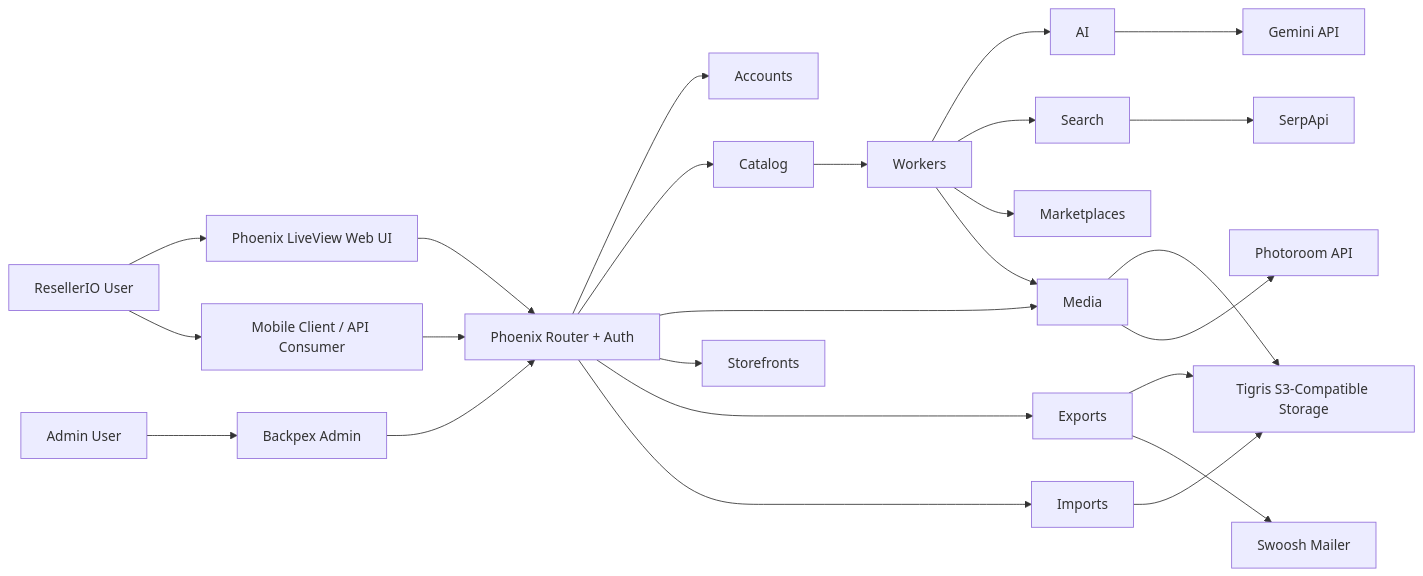
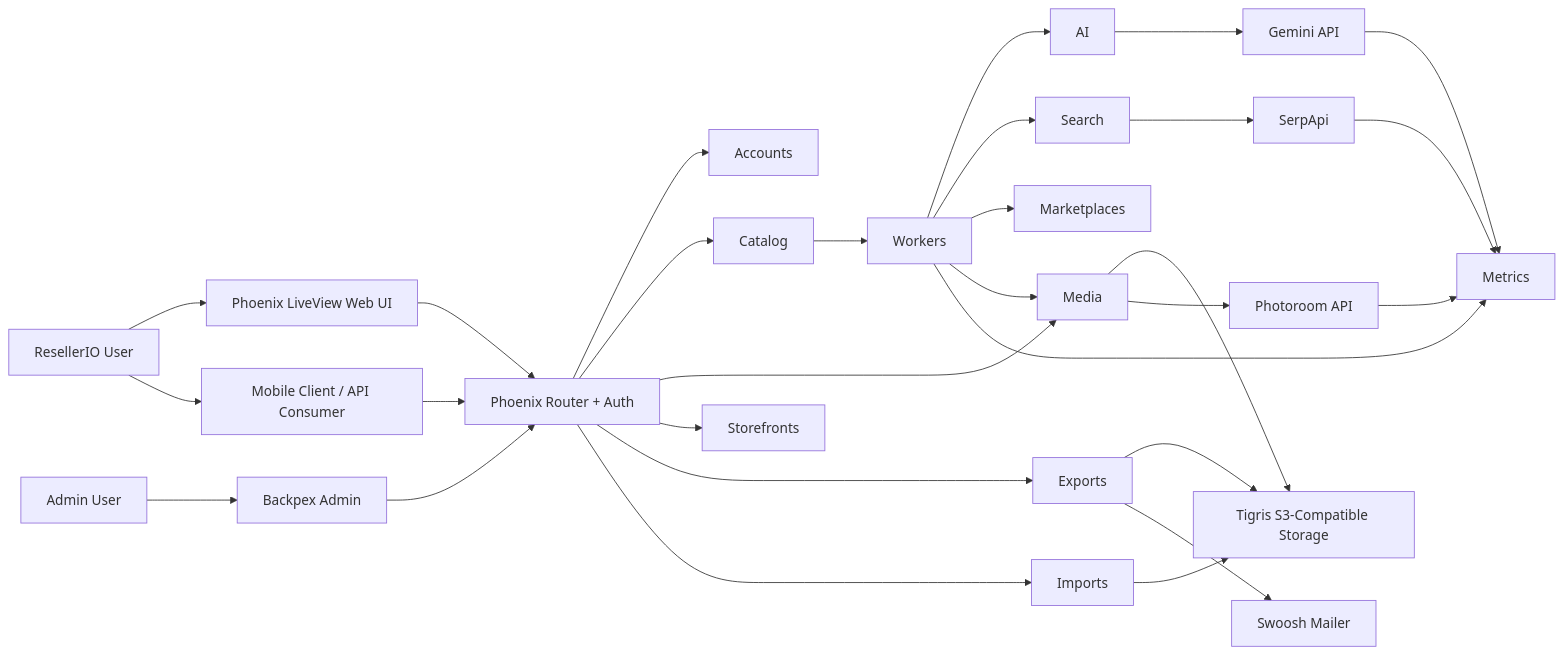
The first of 4 diagrams in docs/ARCHITECTURE.md (mpakus/resellerio), drawn with Mermaid before and after one commit. The commit also changed other lines of this file and 52 other files, not shown here.

````diff
--- a/docs/ARCHITECTURE.md
+++ b/docs/ARCHITECTURE.md
@@ -36,31 +36,36 @@
 ```mermaid
 flowchart LR
     U["ResellerIO User"] --> W["Phoenix LiveView Web UI"]
     U --> M["Mobile Client / API Consumer"]
     A["Admin User"] --> B["Backpex Admin"]
 
     W --> R["Phoenix Router + Auth"]
     M --> R
     B --> R
 
     R --> AC["Accounts"]
     R --> C["Catalog"]
     R --> ME["Media"]
     R --> ST["Storefronts"]
     R --> EX["Exports"]
     R --> IM["Imports"]
 
     C --> WK["Workers"]
     WK --> AI["AI"]
     WK --> SE["Search"]
     WK --> MP["Marketplaces"]
     WK --> ME
 
     ME --> TG["Tigris S3-Compatible Storage"]
     AI --> GM["Gemini API"]
     SE --> SA["SerpApi"]
     ME --> PR["Photoroom API"]
     EX --> TG
     IM --> TG
     EX --> ML["Swoosh Mailer"]
+
+    GM --> MTR["Metrics"]
+    SA --> MTR
+    PR --> MTR
+    WK --> MTR
 ```
````
